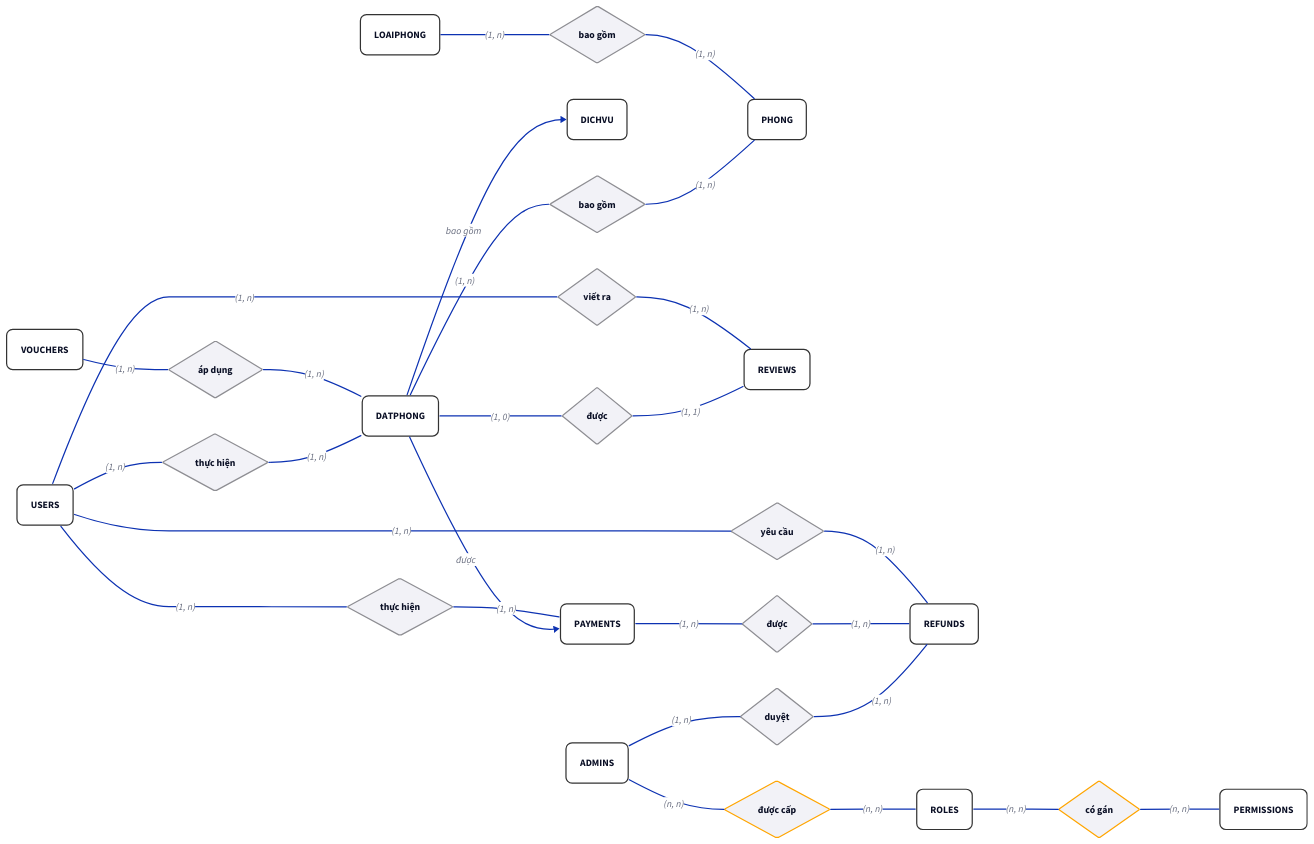
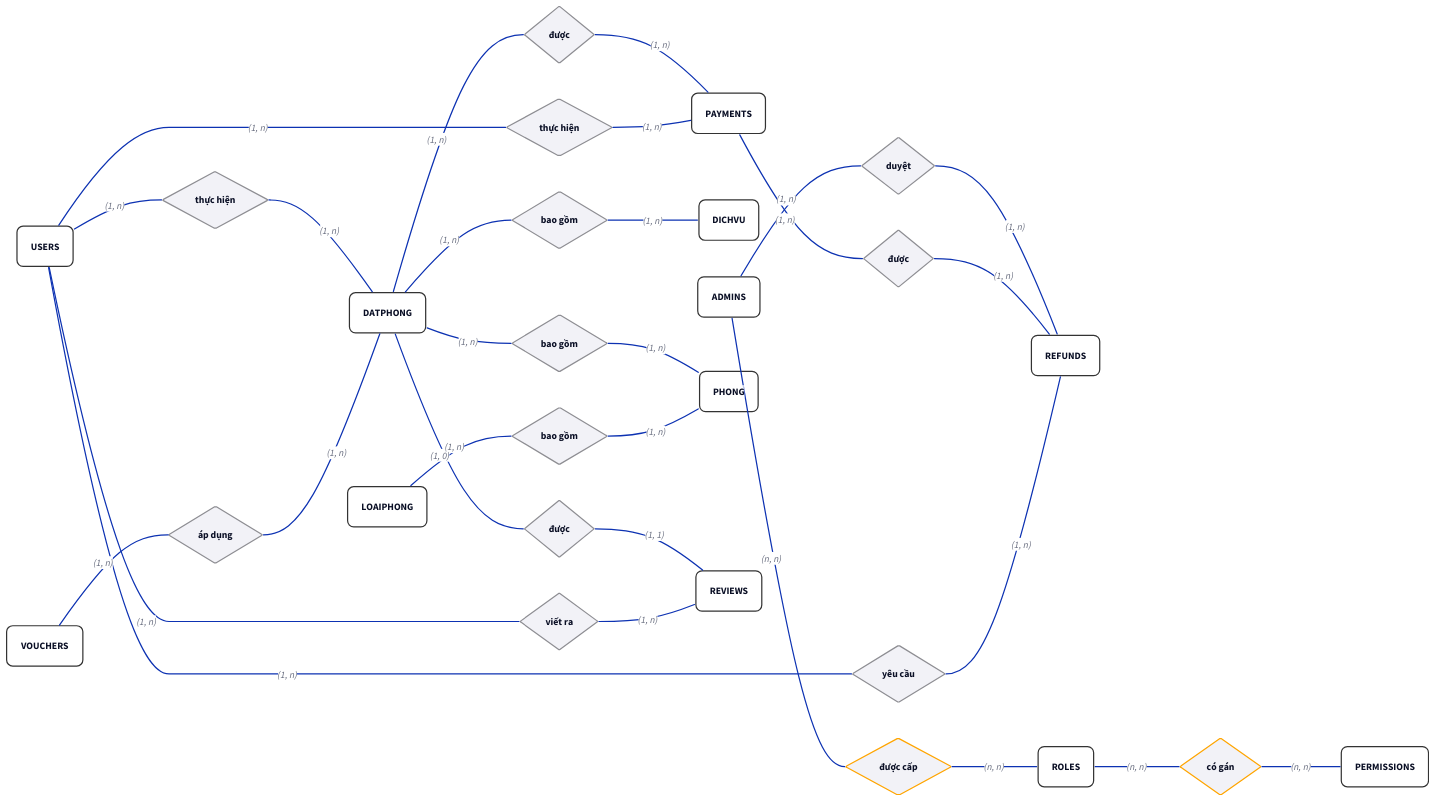
The diagram in baocao/content/diagrams/ch02-concept-erd.d2 (sam-uit/ie103-project-report), drawn with D2 before and after one commit.

```diff
--- a/baocao/content/diagrams/ch02-concept-erd.d2
+++ b/baocao/content/diagrams/ch02-concept-erd.d2
@@ -1,105 +1,112 @@
 direction: right
 
 # --- 0. STYLES ---
 style: {
   opacity: 0.0
   fill: transparent
 }
 
 # --- 1. SETTINGS ---
 classes: {
   entity: {
     shape: rectangle
     style: {border-radius: 10; fill: "#FFFFFF"; stroke: "#333333"}
   }
   rel: {
     shape: diamond
     style: {fill: "#F2F2F7"; stroke: "#8E8E93"}
   }
   attr: {
     shape: oval
     # width: 100; height: 50
     style: {fill: "#F0F8FF"; stroke: "#4682B4"; stroke-dash: 3}
   }
 }
 
 # --- 2. ENTITIES ---
 ADMINS: {class: entity; label: "ADMINS"}
 DATPHONG: {class: entity; label: "DATPHONG"}
 DICHVU: {class: entity; label: "DICHVU"}
 LOAIPHONG: {class: entity; label: "LOAIPHONG"}
 PAYMENTS: {class: entity; label: "PAYMENTS"}
 PERMISSIONS: {class: entity; label: "PERMISSIONS"}
 PHONG: {class: entity; label: "PHONG"}
 REFUNDS: {class: entity; label: "REFUNDS"}
 REVIEWS: {class: entity; label: "REVIEWS"}
 ROLES: {class: entity; label: "ROLES"}
 USERS: {class: entity; label: "USERS"}
 VOUCHERS: {class: entity; label: "VOUCHERS"}
 
 # --- 3. RELATIONSHIPS ---
 # ngôn ngữ "tự nhiên"
 
 # ADMINS -> REFUNDS: duyệt
 admins_refunds: {class: rel; label: "duyệt"}
 ADMINS -- admins_refunds: (1, n)
 admins_refunds -- REFUNDS: (1, n)
 
 # ADMINS -> ROLES: được cấp
 # n - n: viền cam
 admins_roles: {class: rel; label: "được cấp"; style: {stroke: orange}}
 ADMINS -- admins_roles: (n, n)
 admins_roles -- ROLES: (n, n)
 
-DATPHONG -> DICHVU: bao gồm
-DATPHONG -> PAYMENTS: được
+# DATPHONG -> DICHVU: bao gồm
+datphong_dichvu: {class: rel; label: "bao gồm"}
+DATPHONG -- datphong_dichvu: (1, n)
+datphong_dichvu -- DICHVU: (1, n)
+
+# DATPHONG -> PAYMENTS: được
+datphong_payments: {class: rel; label: "được"}
+DATPHONG -- datphong_payments: (1, n)
+datphong_payments -- PAYMENTS: (1, n)
 
 # DATPHONG -> PHONG: có nhiều
 datphong_phong: {class: rel; label: "bao gồm"}
 DATPHONG -- datphong_phong: (1, n)
 datphong_phong -- PHONG: (1, n)
 
 # DATPHONG -> REVIEWS: được
 datphong_reviews: {class: rel; label: "được"}
 DATPHONG -- datphong_reviews: (1, 0)
 datphong_reviews -- REVIEWS: (1, 1)
 
 # LOAIPHONG <- PHONG: thuộc
 loaiphong_phong: {class: rel; label: "bao gồm"}
 LOAIPHONG -- loaiphong_phong: (1, n)
 loaiphong_phong -- PHONG: (1, n)
 
 # PAYMENTS -> REFUNDS: được
 payments_refunds: {class: rel; label: "được"}
 PAYMENTS -- payments_refunds: (1, n)
 payments_refunds -- REFUNDS: (1, n)
 
 # ROLES -> PERMISSIONS: có các
 roles_permissions: {class: rel; label: "có gán"; style: {stroke: orange}}
 ROLES -- roles_permissions: (n, n)
 roles_permissions -- PERMISSIONS: (n, n)
 
 # USERS -> DATPHONG: thực hiện
 users_datphong: {class: rel; label: "thực hiện"}
 USERS -- users_datphong: (1, n)
 users_datphong -- DATPHONG: (1, n)
 
 # USERS -> PAYMENTS: thực hiện
 users_payment: {class: rel; label: "thực hiện"}
 USERS -- users_payment: (1, n)
 users_payment -- PAYMENTS: (1, n)
 
 # USERS -> REFUNDS: yêu cầu
 users_refunds: {class: rel; label: "yêu cầu"}
 USERS -- users_refunds: (1, n)
 users_refunds -- REFUNDS: (1, n)
 
 # USERS -> REVIEWS: viết
 users_reviews: {class: rel; label: "viết ra"}
 USERS -- users_reviews: (1, n)
 users_reviews -- REVIEWS: (1, n)
 
 # VOUCHERS -> DATPHONG: áp dụng cho
 vouchers_datphong: {class: rel; label: "áp dụng"}
 VOUCHERS -- vouchers_datphong: (1, n)
 vouchers_datphong -- DATPHONG: (1, n)
```
